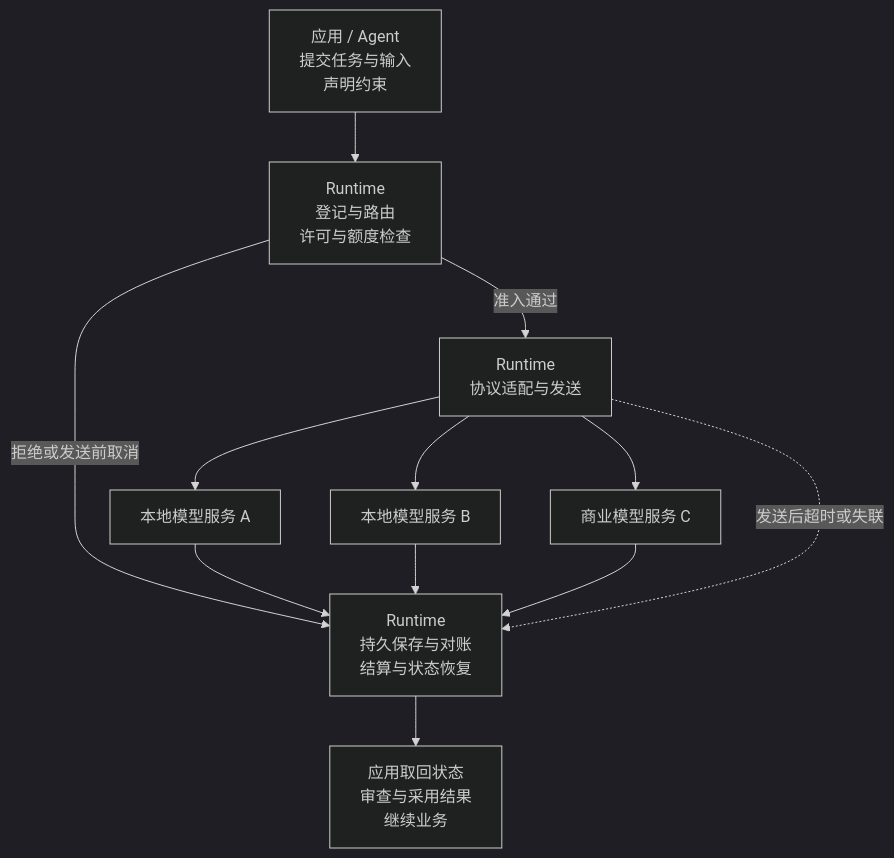
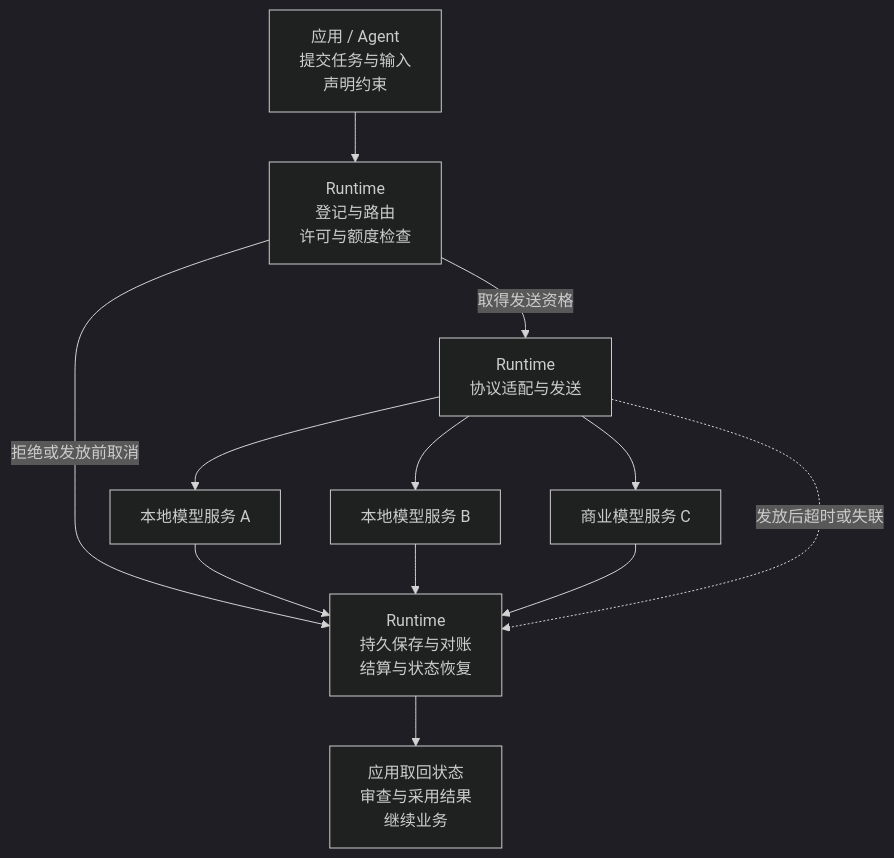
Before and after one commit to kongbu0621/infra-model-runtime: the diagram in README.md, drawn with Mermaid (dark theme). The commit also changed other lines of this file, not shown here.

````diff
--- a/README.md
+++ b/README.md
@@ -34,23 +34,23 @@
 ```mermaid
 flowchart TB
     A["应用 / Agent<br/>提交任务与输入<br/>声明约束"]
     B["Runtime<br/>登记与路由<br/>许可与额度检查"]
     D["Runtime<br/>协议适配与发送"]
     L["本地模型服务 A"]
     M["本地模型服务 B"]
     C["商业模型服务 C"]
     R["Runtime<br/>持久保存与对账<br/>结算与状态恢复"]
     U["应用取回状态<br/>审查与采用结果<br/>继续业务"]
 
     A --> B
-    B -->|准入通过| D
-    B -->|拒绝或发送前取消| R
+    B -->|取得发送资格| D
+    B -->|拒绝或发放前取消| R
     D --> L
     D --> M
     D --> C
     L --> R
     M --> R
     C --> R
-    D -.->|发送后超时或失联| R
+    D -.->|发放后超时或失联| R
     R --> U
 ```
````
